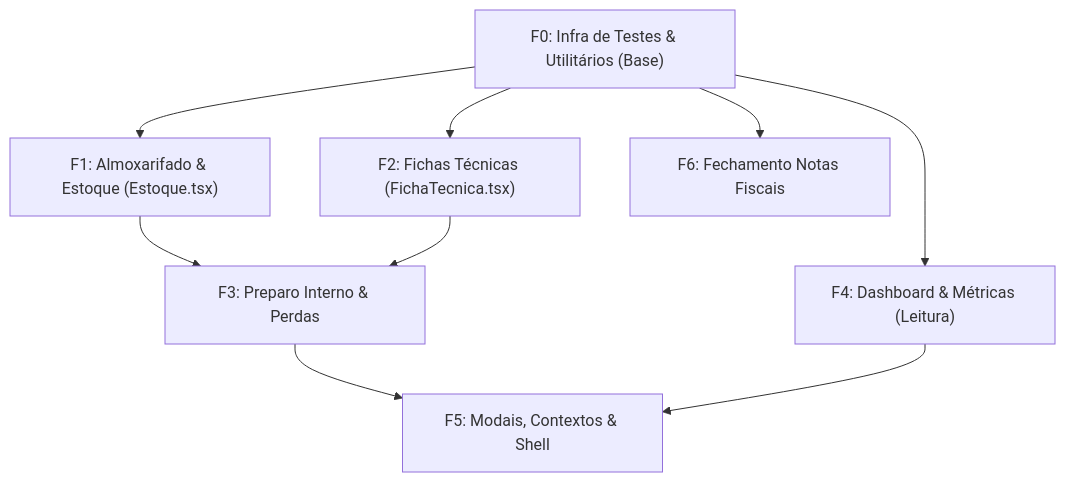
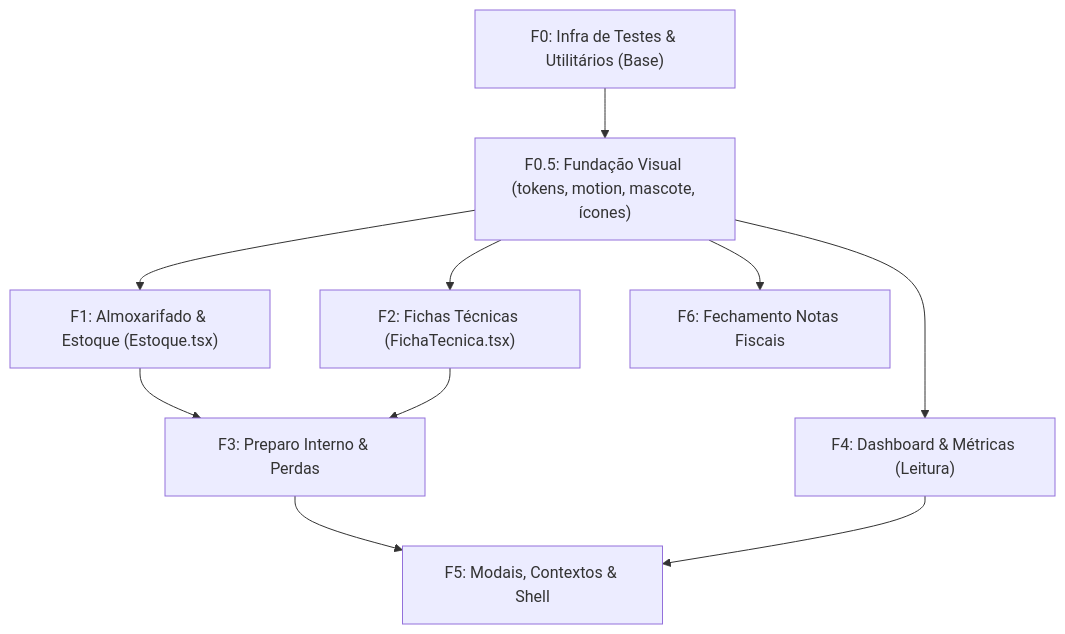
Before and after one commit to luxuz24/burguer_house: the diagram in docs/PLANO_FRONTEND.md, drawn with Mermaid. The commit also changed other lines of this file and 2 other files, not shown here.

Commit message:
docs(frontend): especificar F0.5 fundacao visual e referencia de design
Especificacao do F0.5 (nivel B: movimento + identidade), aprovada pelo dono
em 09/11/2026:
- tokens de cor claro/escuro (laranja, preto, branco e azul) com contraste
  WCAG AA medido, inclusive pares sobre fundo suave
- motion (lib/motion.ts do Meister), transicao entre abas e reduzir movimento
- Sheet, Toast, ConfirmDialog e AnimatedNumber por tras da API atual do
  FeedbackContext
- Phosphor no lugar do lucide (42 icones em 14 arquivos)
- icones proprios da barra inferior (estilo adesivo) e mascote hamburguer
  com 6 humores
- regra de commit style(frontend) separado em cada fase F1-F6

Inclui docs/design/referencia-visual.html com os desenhos aprovados e
encaixa o F0.5 no fluxograma do PLANO_FRONTEND.md.

````diff
--- a/docs/PLANO_FRONTEND.md
+++ b/docs/PLANO_FRONTEND.md
@@ -34,11 +34,12 @@
 ```mermaid
 flowchart TD
-    F0["F0: Infra de Testes & Utilitários (Base)"] --> F1["F1: Almoxarifado & Estoque (Estoque.tsx)"]
-    F0 --> F2["F2: Fichas Técnicas (FichaTecnica.tsx)"]
-    F0 --> F4["F4: Dashboard & Métricas (Leitura)"]
-    F0 --> F6["F6: Fechamento Notas Fiscais"]
+    F0["F0: Infra de Testes & Utilitários (Base)"] --> F05["F0.5: Fundação Visual (tokens, motion, mascote, ícones)"]
+    F05 --> F1["F1: Almoxarifado & Estoque (Estoque.tsx)"]
+    F05 --> F2["F2: Fichas Técnicas (FichaTecnica.tsx)"]
+    F05 --> F4["F4: Dashboard & Métricas (Leitura)"]
+    F05 --> F6["F6: Fechamento Notas Fiscais"]
     F1 --> F3["F3: Preparo Interno & Perdas"]
     F2 --> F3
     F3 --> F5["F5: Modais, Contextos & Shell"]
     F4 --> F5
 ```
````
